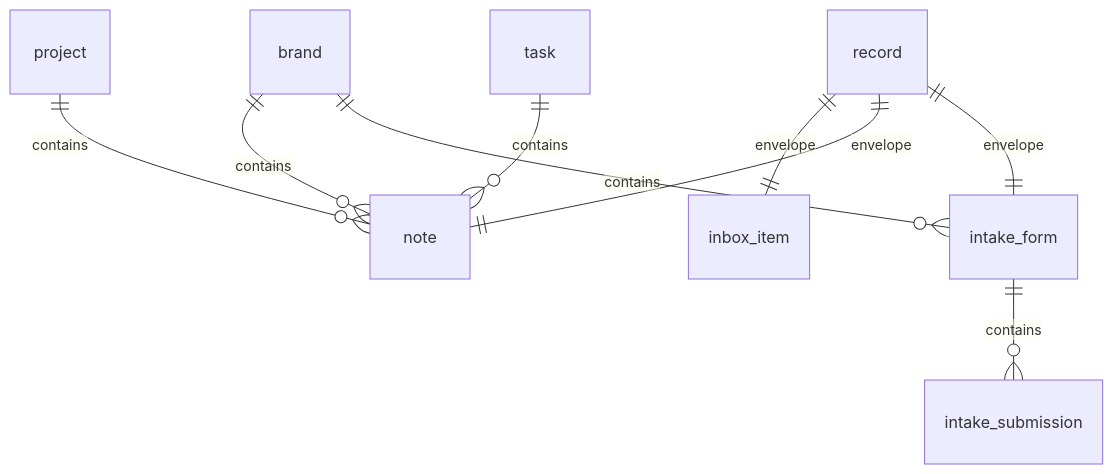
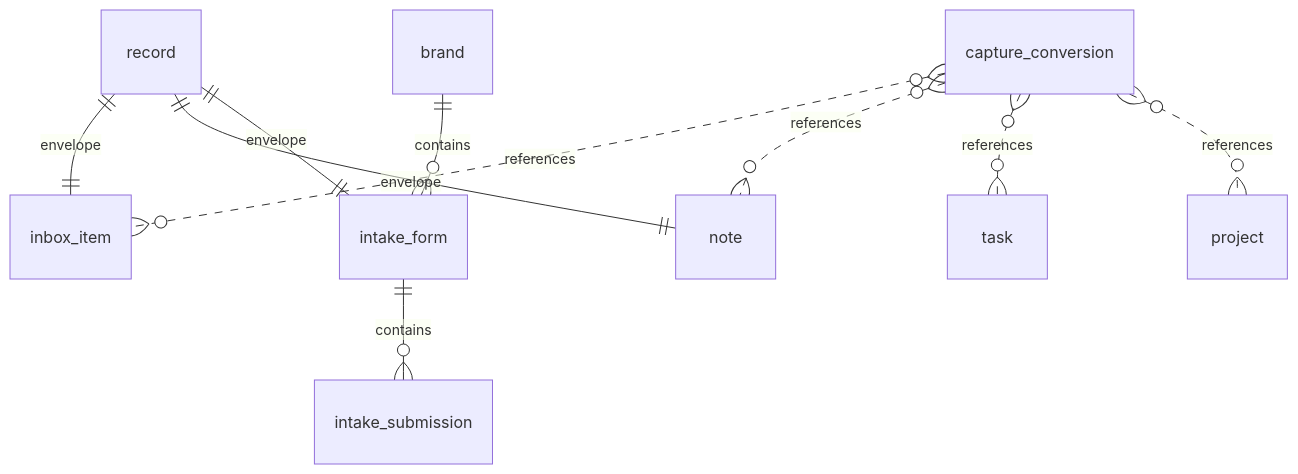
Diagram 14 of 30 in docs/architecture/data/generated/er-diagrams.md (KatrielMoses/pm), drawn with Mermaid before and after one commit. The commit also changed 21 other files, not shown here.

````diff
--- a/docs/architecture/data/generated/er-diagrams.md
+++ b/docs/architecture/data/generated/er-diagrams.md
@@ -202,11 +202,12 @@
 ```mermaid
 erDiagram
   record ||--|| inbox_item : "envelope"
-  brand ||--o{ note : "contains"
-  project ||--o{ note : "contains"
-  task ||--o{ note : "contains"
   record ||--|| note : "envelope"
   brand ||--o{ intake_form : "contains"
   record ||--|| intake_form : "envelope"
   intake_form ||--o{ intake_submission : "contains"
+  capture_conversion }o..o{ inbox_item : "references"
+  capture_conversion }o..o{ note : "references"
+  capture_conversion }o..o{ task : "references"
+  capture_conversion }o..o{ project : "references"
 ```
````
